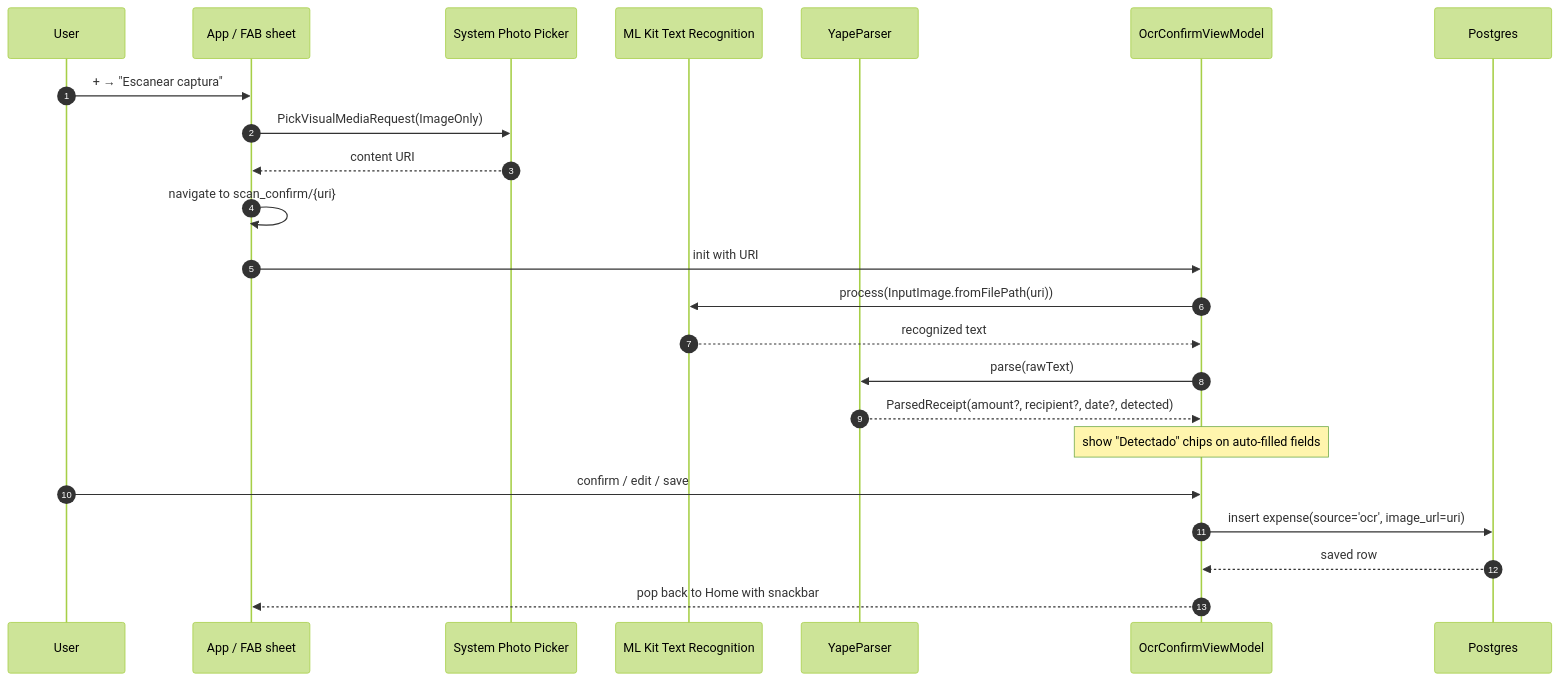
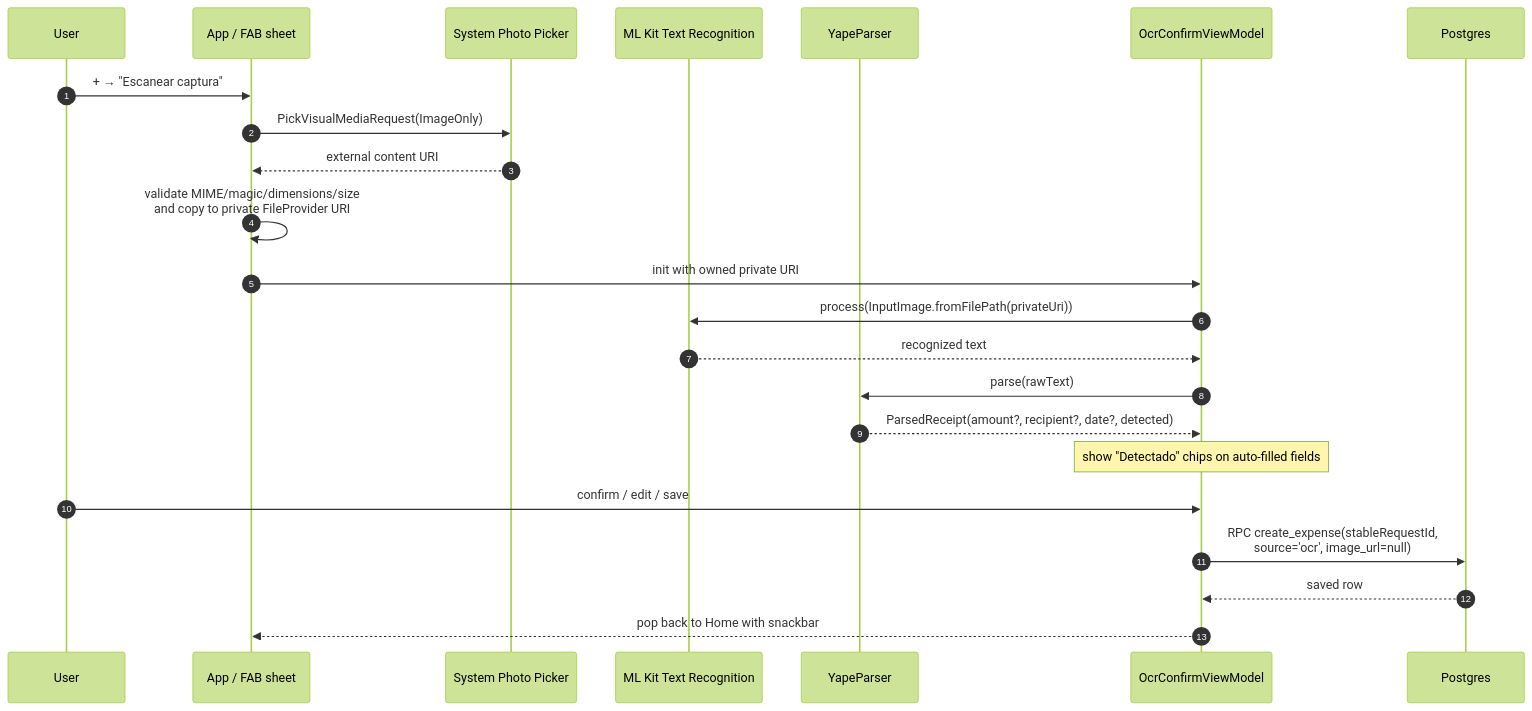
Before and after one commit to jeremyaldama/fluyo: the fourth of 8 diagrams in SYSTEM_DESIGN.md, drawn with Mermaid (forest theme). The commit also changed other lines of this file and 225 other files, not shown here.

````diff
--- a/SYSTEM_DESIGN.md
+++ b/SYSTEM_DESIGN.md
@@ -370,26 +376,26 @@
 ```mermaid
 sequenceDiagram
   autonumber
   participant U as User
   participant App as App / FAB sheet
   participant PP as System Photo Picker
   participant ML as ML Kit Text Recognition
   participant YP as YapeParser
   participant VM as OcrConfirmViewModel
   participant DB as Postgres
 
   U->>App: + → "Escanear captura"
   App->>PP: PickVisualMediaRequest(ImageOnly)
-  PP-->>App: content URI
-  App->>App: navigate to scan_confirm/{uri}
-  App->>VM: init with URI
-  VM->>ML: process(InputImage.fromFilePath(uri))
+  PP-->>App: external content URI
+  App->>App: validate MIME/magic/dimensions/size<br/>and copy to private FileProvider URI
+  App->>VM: init with owned private URI
+  VM->>ML: process(InputImage.fromFilePath(privateUri))
   ML-->>VM: recognized text
   VM->>YP: parse(rawText)
   YP-->>VM: ParsedReceipt(amount?, recipient?, date?, detected)
   Note over VM: show "Detectado" chips on auto-filled fields
   U->>VM: confirm / edit / save
-  VM->>DB: insert expense(source='ocr', image_url=uri)
+  VM->>DB: RPC create_expense(stableRequestId,<br/>source='ocr', image_url=null)
   DB-->>VM: saved row
   VM-->>App: pop back to Home with snackbar
 ```
````
